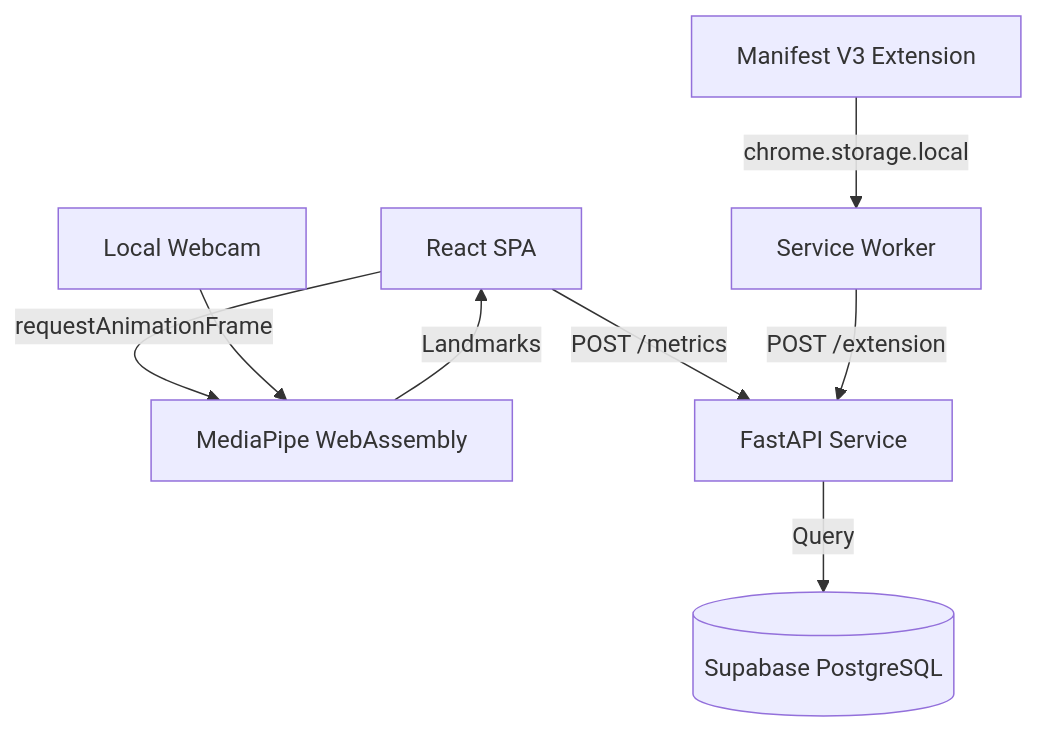
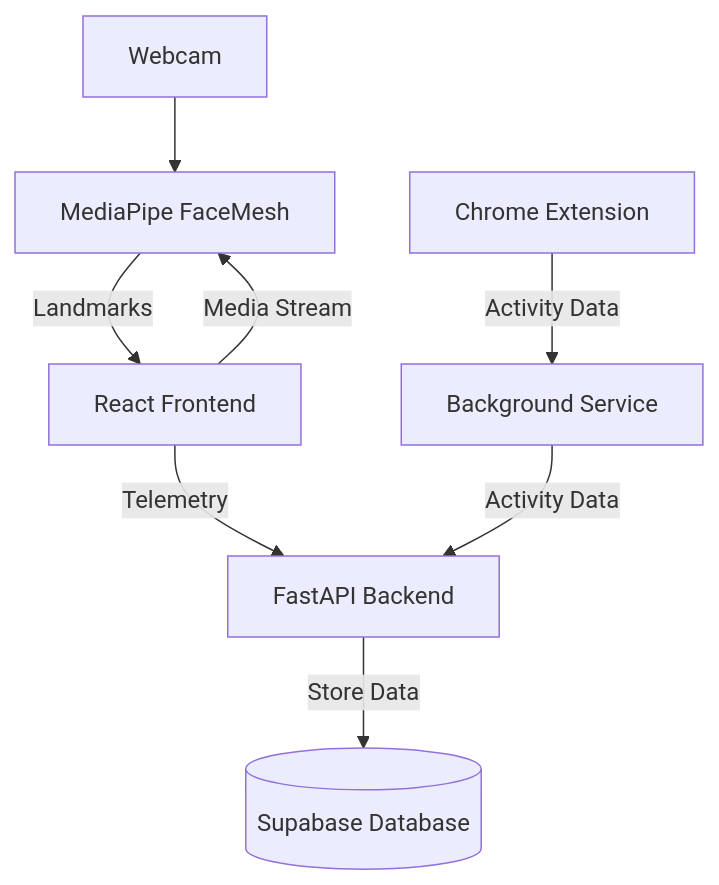
The first of 2 diagrams in README.md (somiya-namdeo/Cognivue), drawn with Mermaid before and after one commit. The commit also changed other lines of this file, not shown here.

````diff
--- a/README.md
+++ b/README.md
@@ -60,10 +60,10 @@
 ```mermaid
 graph TD
-  React[React SPA] -->|requestAnimationFrame| MP[MediaPipe WebAssembly]
-  Webcam[Local Webcam] --> MP
+  Webcam[Webcam] --> MP
+  React[React Frontend] -->|Media Stream| MP[MediaPipe FaceMesh]
   MP -->|Landmarks| React
-  React -->|POST /metrics| FastAPI[FastAPI Service]
-  Ext[Manifest V3 Extension] -->|chrome.storage.local| SW[Service Worker]
-  SW -->|POST /extension| FastAPI
-  FastAPI -->|Query| DB[(Supabase PostgreSQL)]
+  React -->|Telemetry| FastAPI[FastAPI Backend]
+  Ext[Chrome Extension] -->|Activity Data| SW[Background Service]
+  SW -->|Activity Data| FastAPI
+  FastAPI -->|Store Data| DB[(Supabase Database)]
 ```
````
